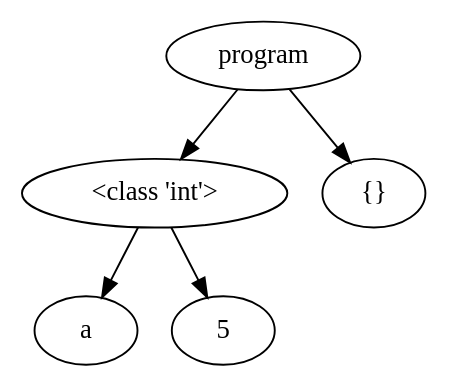
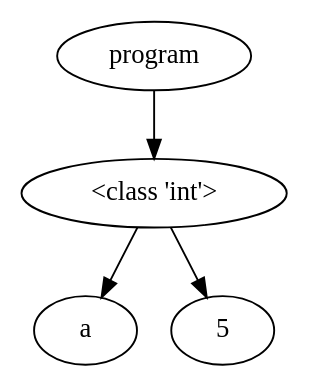
Before and after one commit to NielsVandenBroeck/COMP_Compiler: the diagram in OutputFiles/dotVisualization.dot, drawn with Graphviz. The commit also changed 5 other files, not shown here.

Commit message:
constant fold change type from ASToperator to AST

```diff
--- a/OutputFiles/dotVisualization.dot
+++ b/OutputFiles/dotVisualization.dot
@@ -1,12 +1,10 @@
 digraph G { 
-"<AST.AST object at 0x0000026848DC7250> (0)"[label="program"]
-"<AST.ASTDataType object at 0x0000026848DC7760> (1)"[label="<class 'int'>"]
-"<AST.AST object at 0x0000026848DC7250> (0)"->"<AST.ASTDataType object at 0x0000026848DC7760> (1)"
-"<AST.ASTDataType object at 0x0000026848DC7760> (1)"[label="<class 'int'>"]
-"<AST.ASTVariable object at 0x0000026848DC7400> (2)"[label="a"]
-"<AST.ASTDataType object at 0x0000026848DC7760> (1)"->"<AST.ASTVariable object at 0x0000026848DC7400> (2)"
-"<AST.AST object at 0x0000026848DC72E0> (2)"[label="5"]
-"<AST.ASTDataType object at 0x0000026848DC7760> (1)"->"<AST.AST object at 0x0000026848DC72E0> (2)"
-"<AST.AST object at 0x0000026848DC7C10> (1)"[label="{}"]
-"<AST.AST object at 0x0000026848DC7250> (0)"->"<AST.AST object at 0x0000026848DC7C10> (1)"
+"<AST.AST object at 0x0000029A41AD9F70> (0)"[label="program"]
+"<AST.ASTDataType object at 0x0000029A41AE00D0> (1)"[label="<class 'int'>"]
+"<AST.AST object at 0x0000029A41AD9F70> (0)"->"<AST.ASTDataType object at 0x0000029A41AE00D0> (1)"
+"<AST.ASTDataType object at 0x0000029A41AE00D0> (1)"[label="<class 'int'>"]
+"<AST.ASTVariable object at 0x0000029A41AE08E0> (2)"[label="a"]
+"<AST.ASTDataType object at 0x0000029A41AE00D0> (1)"->"<AST.ASTVariable object at 0x0000029A41AE08E0> (2)"
+"<AST.AST object at 0x0000029A41AE00A0> (2)"[label="5"]
+"<AST.ASTDataType object at 0x0000029A41AE00D0> (1)"->"<AST.AST object at 0x0000029A41AE00A0> (2)"
 }
```
